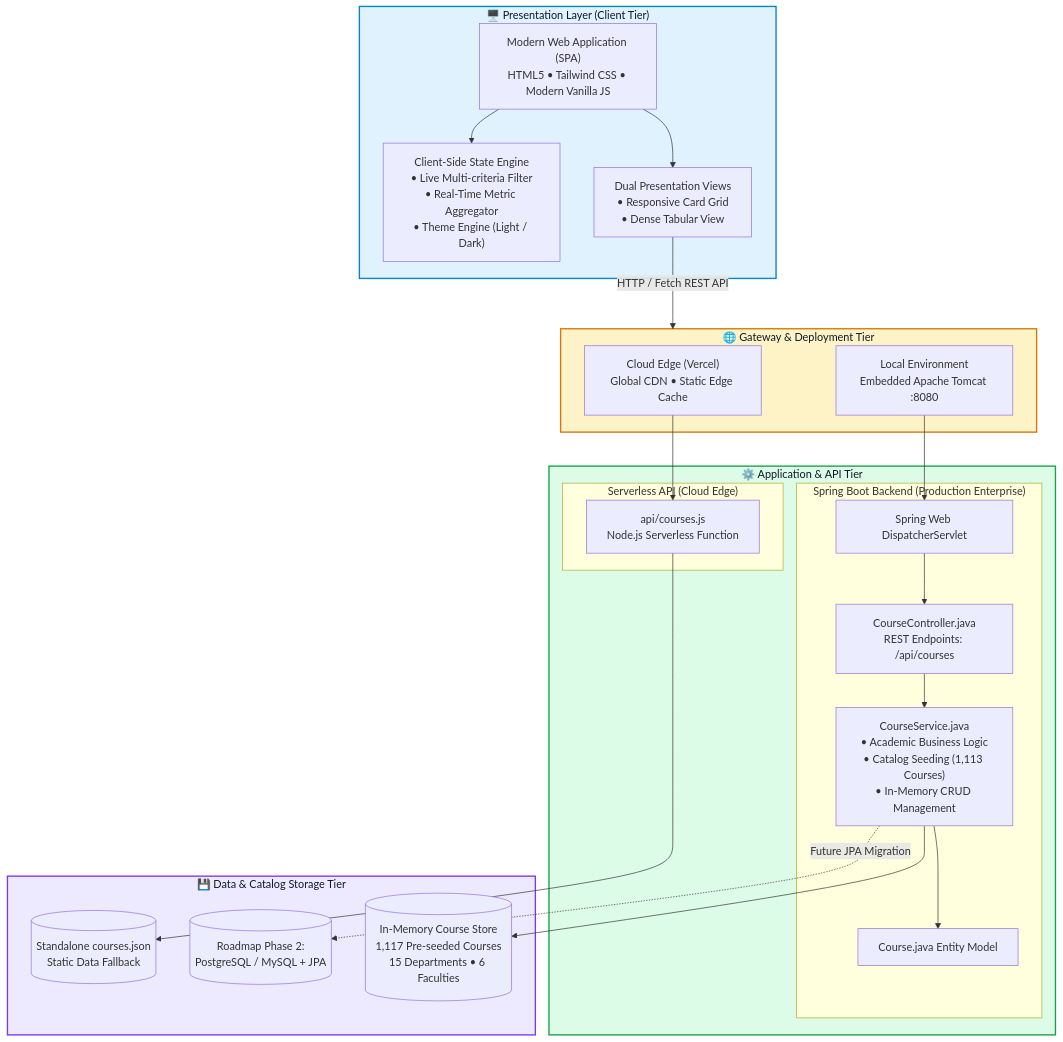
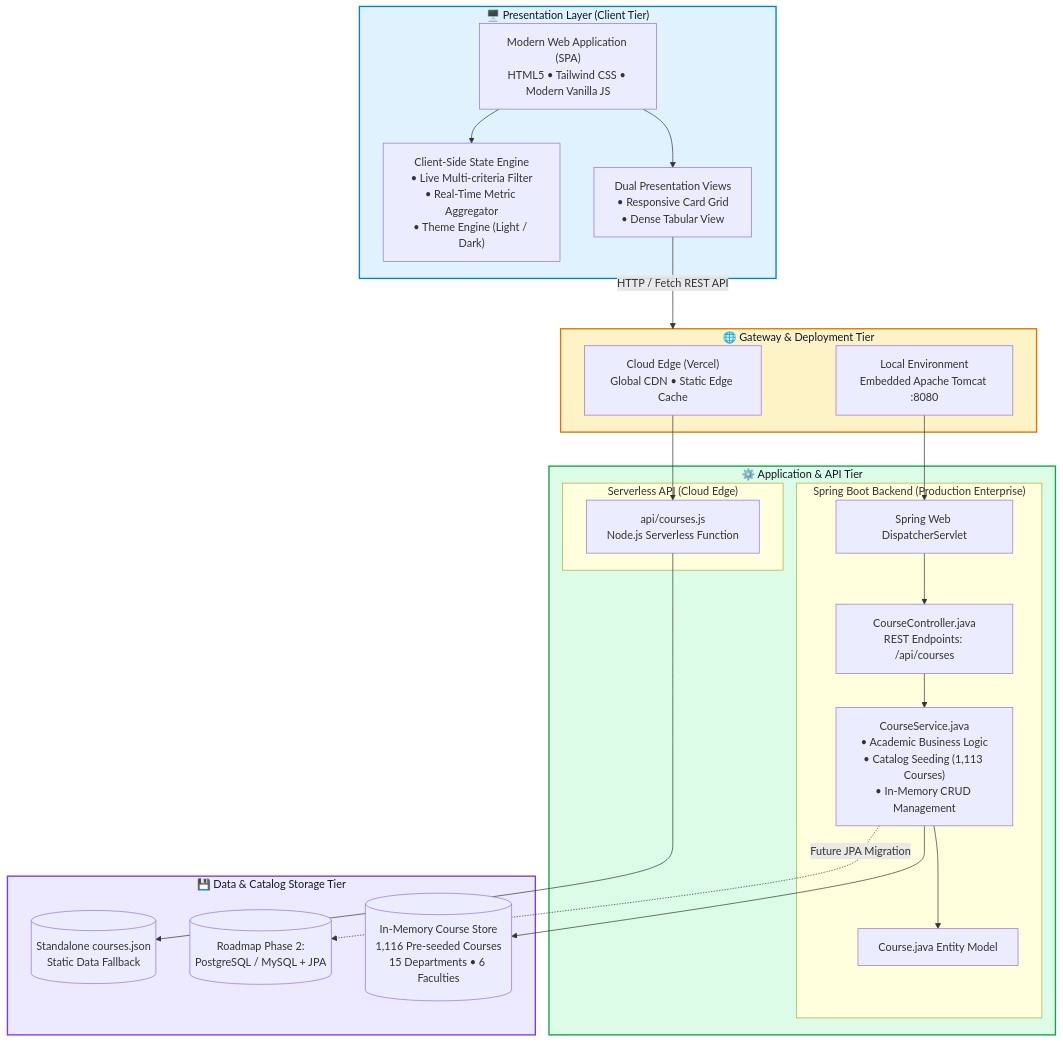
One commit to Ridwanulkarim/iiucRESTAPI changed the first of 2 diagrams in README.md. Above: the diagram before and after it, drawn with Mermaid. The commit also changed other lines of this file and 3 other files, not shown here.

````diff
--- a/README.md
+++ b/README.md
@@ -45,52 +45,52 @@
 ```mermaid
 flowchart TB
     subgraph ClientLayer["🖥️ Presentation Layer (Client Tier)"]
         UI["Modern Web Application (SPA)<br/>HTML5 • Tailwind CSS • Modern Vanilla JS"]
         Views["Dual Presentation Views<br/>• Responsive Card Grid<br/>• Dense Tabular View"]
         ClientEngine["Client-Side State Engine<br/>• Live Multi-criteria Filter<br/>• Real-Time Metric Aggregator<br/>• Theme Engine (Light / Dark)"]
     end
 
     subgraph GatewayLayer["🌐 Gateway & Deployment Tier"]
         CloudDeploy["Cloud Edge (Vercel)<br/>Global CDN • Static Edge Cache"]
         LocalServer["Local Environment<br/>Embedded Apache Tomcat :8080"]
     end
 
     subgraph BackendLayer["⚙️ Application & API Tier"]
         subgraph SpringBoot["Spring Boot Backend (Production Enterprise)"]
             Dispatcher["Spring Web DispatcherServlet"]
             Controller["CourseController.java<br/>REST Endpoints: /api/courses"]
             Service["CourseService.java<br/>• Academic Business Logic<br/>• Catalog Seeding (1,113 Courses)<br/>• In-Memory CRUD Management"]
             Model["Course.java Entity Model"]
         end
 
         subgraph ServerlessNode["Serverless API (Cloud Edge)"]
             VercelFunc["api/courses.js<br/>Node.js Serverless Function"]
         end
     end
 
     subgraph DataLayer["💾 Data & Catalog Storage Tier"]
-        InMemoryData[("In-Memory Course Store<br/>1,117 Pre-seeded Courses<br/>15 Departments • 6 Faculties")]
+        InMemoryData[("In-Memory Course Store<br/>1,116 Pre-seeded Courses<br/>15 Departments • 6 Faculties")]
         JSONCatalog[("Standalone courses.json<br/>Static Data Fallback")]
         FutureDB[("Roadmap Phase 2:<br/>PostgreSQL / MySQL + JPA")]
     end
 
     UI --> Views
     UI --> ClientEngine
     Views -->|HTTP / Fetch REST API| GatewayLayer
     
     LocalServer --> Dispatcher
     Dispatcher --> Controller
     Controller --> Service
     Service --> Model
     Service --> InMemoryData
 
     CloudDeploy --> VercelFunc
     VercelFunc --> JSONCatalog
     
     Service -.->|Future JPA Migration| FutureDB
 
     style ClientLayer fill:#e0f2fe,stroke:#0284c7,stroke-width:2px,color:#0f172a
     style GatewayLayer fill:#fef3c7,stroke:#d97706,stroke-width:2px,color:#0f172a
     style BackendLayer fill:#dcfce7,stroke:#16a34a,stroke-width:2px,color:#0f172a
     style DataLayer fill:#ede9fe,stroke:#7c3aed,stroke-width:2px,color:#0f172a
 ```
````
